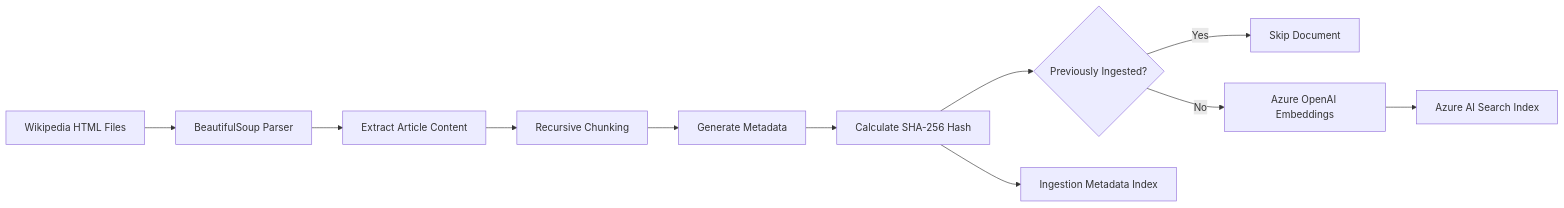
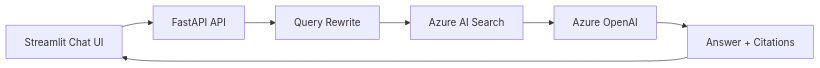
Before and after one commit to dabrm/RAG_Phase2_Azure_IaC: the second of 3 diagrams in README.md, drawn with Mermaid. The commit also changed 2 other files, not shown here.

Commit message:
added streamlit frontend

````diff
--- a/README.md
+++ b/README.md
@@ -139,31 +139,17 @@
 ```mermaid
 flowchart LR
 
-A[Wikipedia HTML Files]
-    --> B[BeautifulSoup Parser]
+A[Streamlit Chat UI]
+B[FastAPI API]
+C[Query Rewrite]
+D[Azure AI Search]
+E[Azure OpenAI]
+F[Answer + Citations]
 
-B
-    --> C[Extract Article Content]
-
-C
-    --> D[Recursive Chunking]
-
-D
-    --> E[Generate Metadata]
-
-E
-    --> F[Calculate SHA-256 Hash]
-
-F
-    --> G{Previously Ingested?}
-
-G -- Yes --> H[Skip Document]
-
-G -- No --> I[Azure OpenAI Embeddings]
-
-I
-    --> J[Azure AI Search Index]
-
-F
-    --> K[Ingestion Metadata Index]
+A --> B
+B --> C
+C --> D
+D --> E
+E --> F
+F --> A
 ```
````
